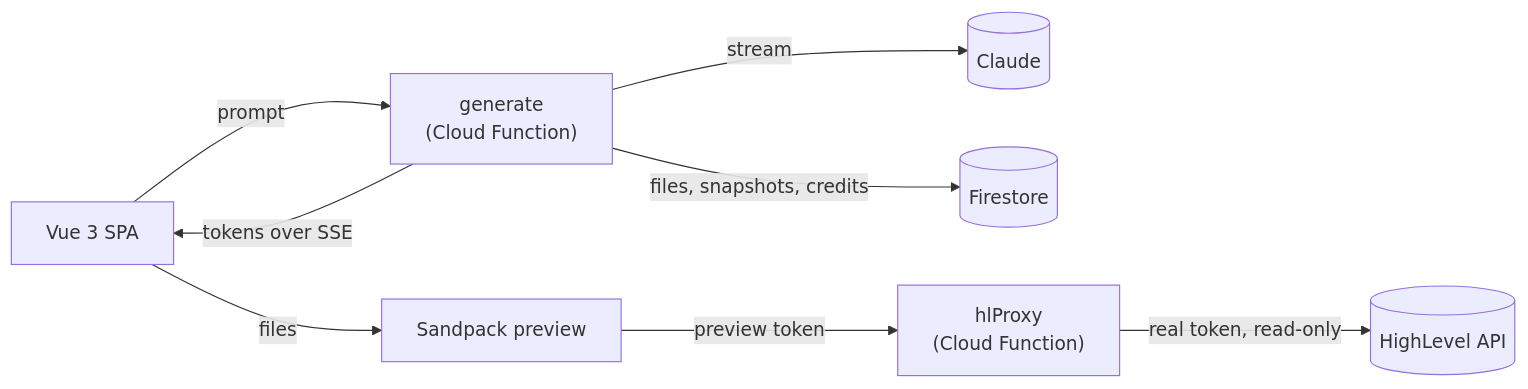
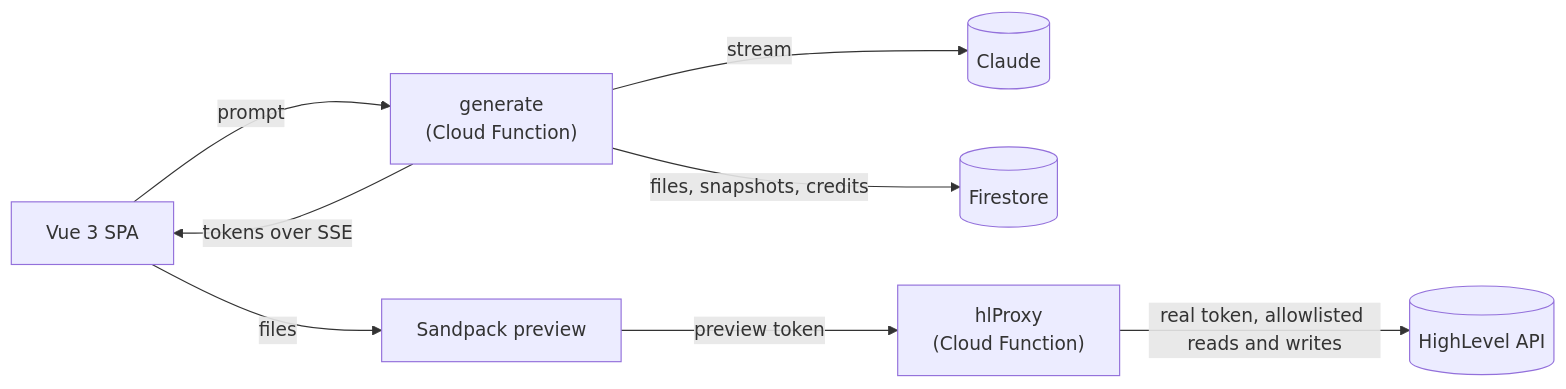
One commit to nirmalbenny/genesis changed the diagram in README.md. Above: the diagram before and after it, drawn with Mermaid. The commit also changed other lines of this file and 13 other files, not shown here.

````diff
--- a/README.md
+++ b/README.md
@@ -37,10 +38,10 @@
 ```mermaid
 flowchart LR
   U["Vue 3 SPA"] -- "prompt" --> G["generate<br/>(Cloud Function)"]
   G -- "stream" --> C[("Claude")]
   G -- "tokens over SSE" --> U
   G -- "files, snapshots, credits" --> F[("Firestore")]
   U -- "files" --> S["Sandpack preview"]
   S -- "preview token" --> P["hlProxy<br/>(Cloud Function)"]
-  P -- "real token, read-only" --> H[("HighLevel API")]
+  P -- "real token, allowlisted reads and writes" --> H[("HighLevel API")]
 ```
````
